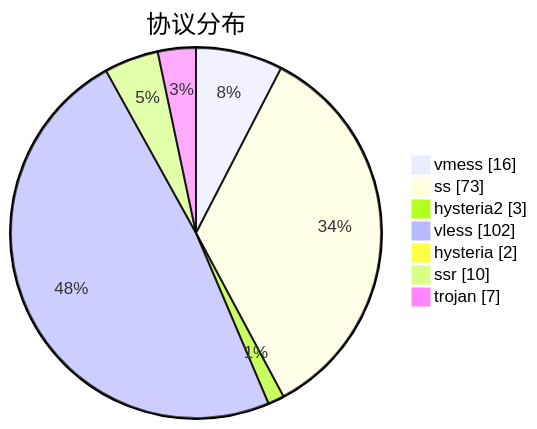
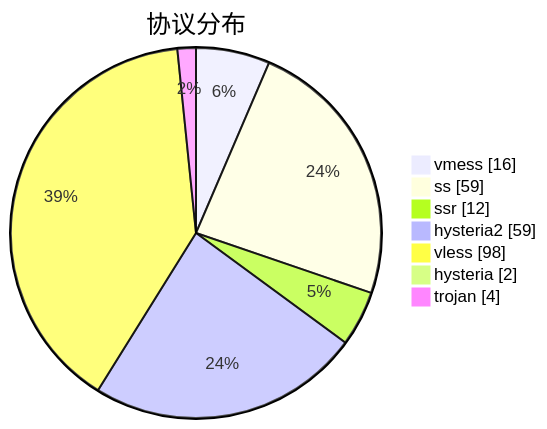
One commit to sinspired/airport changed the third of 3 diagrams in subs/statistics/tested_within.md. Above: the diagram before and after it, drawn with Mermaid. The commit also changed other lines of this file and 2 other files, not shown here.

````diff
--- a/subs/statistics/tested_within.md
+++ b/subs/statistics/tested_within.md
@@ -41,11 +47,11 @@
 ```mermaid
 pie showData
 title 协议分布
 "vmess" : 16
-"ss" : 73
-"hysteria2" : 3
-"vless" : 102
+"ss" : 59
+"ssr" : 12
+"hysteria2" : 59
+"vless" : 98
 "hysteria" : 2
-"ssr" : 10
-"trojan" : 7
+"trojan" : 4
 ```
````
